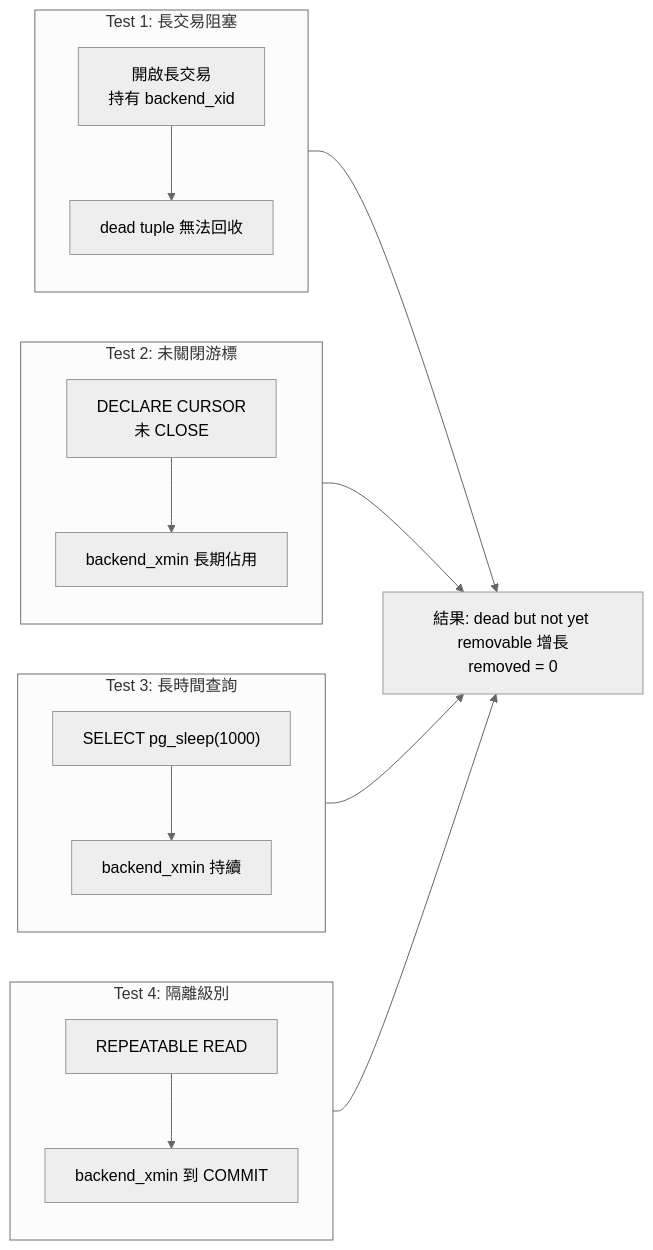
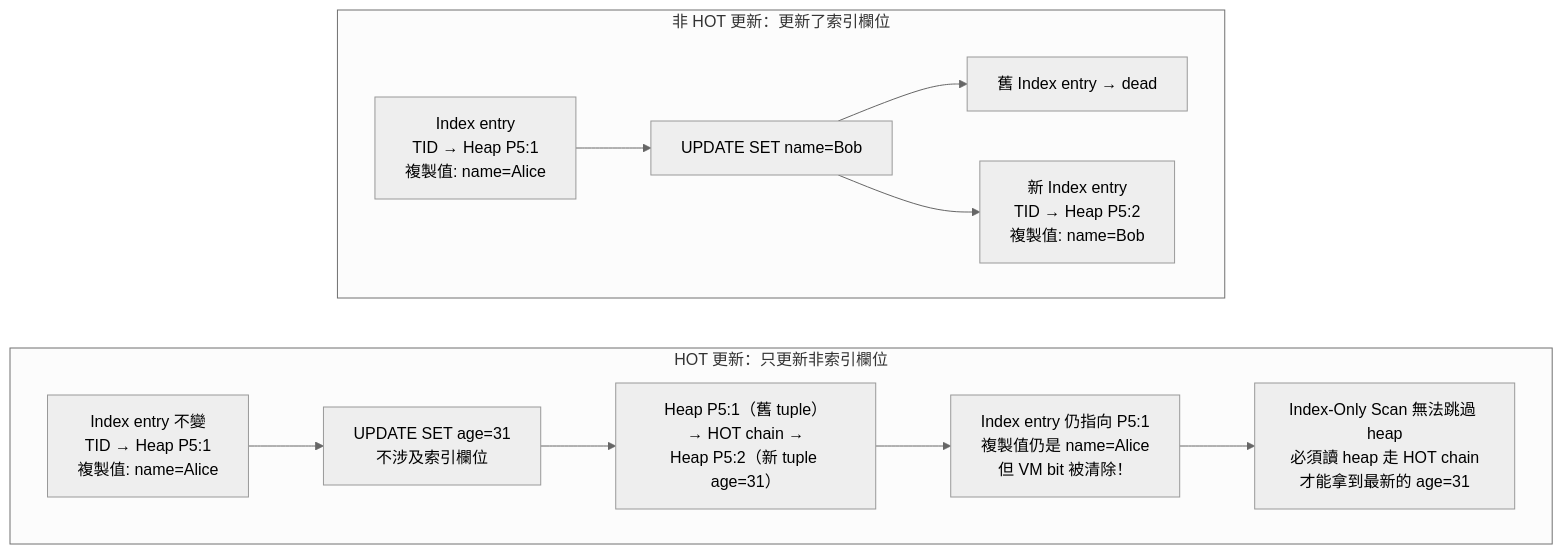
One commit to henry-tpwong/postgresql_note changed the fifth of 10 diagrams in vacuum/vacuum.md. Above: the diagram before and after it, drawn with Mermaid (neutral theme). The commit also changed other lines of this file, not shown here.

First line of the commit message:
docs(vacuum): 重構為生產場景導向，補強 VM 與 Index 結構說明

````diff
--- a/vacuum/vacuum.md
+++ b/vacuum/vacuum.md
@@ -460,19 +321,15 @@
 ```mermaid
-flowchart LR
-    subgraph 測試1["Test 1: 長交易阻塞"]
-        T1A["開啟長交易<br/>持有 backend_xid"] --> T1B["dead tuple 無法回收"]
+flowchart TD
+    subgraph NON_HOT["非 HOT 更新：更新了索引欄位"]
+        A1["Index entry<br/>TID → Heap P5:1<br/>複製值: name=Alice"] --> A2["UPDATE SET name=Bob"]
+        A2 --> A3["舊 Index entry → dead"]
+        A2 --> A4["新 Index entry<br/>TID → Heap P5:2<br/>複製值: name=Bob"]
     end
-    subgraph 測試2["Test 2: 未關閉游標"]
-        T2A["DECLARE CURSOR<br/>未 CLOSE"] --> T2B["backend_xmin 長期佔用"]
+    NON_HOT ~~~ HOT
+    subgraph HOT["HOT 更新：只更新非索引欄位"]
+        B1["Index entry 不變<br/>TID → Heap P5:1<br/>複製值: name=Alice"] --> B2["UPDATE SET age=31<br/>不涉及索引欄位"]
+        B2 --> B3["Heap P5:1（舊 tuple）<br/>→ HOT chain →<br/>Heap P5:2（新 tuple age=31）"]
+        B3 --> B4["Index entry 仍指向 P5:1<br/>複製值仍是 name=Alice<br/>但 VM bit 被清除！"]
+        B4 --> B5["Index-Only Scan 無法跳過 heap<br/>必須讀 heap 走 HOT chain<br/>才能拿到最新的 age=31"]
     end
-    subgraph 測試3["Test 3: 長時間查詢"]
-        T3A["SELECT pg_sleep(1000)"] --> T3B["backend_xmin 持續"]
-    end
-    subgraph 測試4["Test 4: 隔離級別"]
-        T4A["REPEATABLE READ"] --> T4B["backend_xmin 到 COMMIT"]
-    end
-    測試1 --> 結果["結果: dead but not yet removable 增長<br/>removed = 0"]
-    測試2 --> 結果
-    測試3 --> 結果
-    測試4 --> 結果
 ```
````
